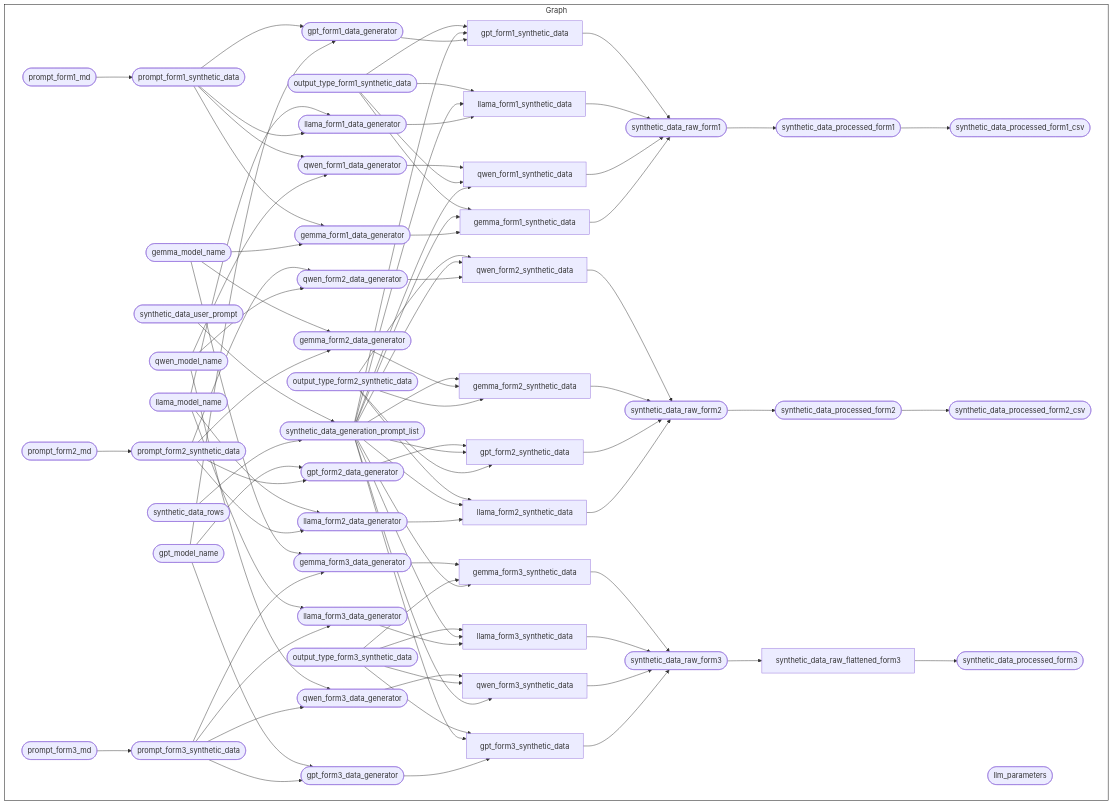
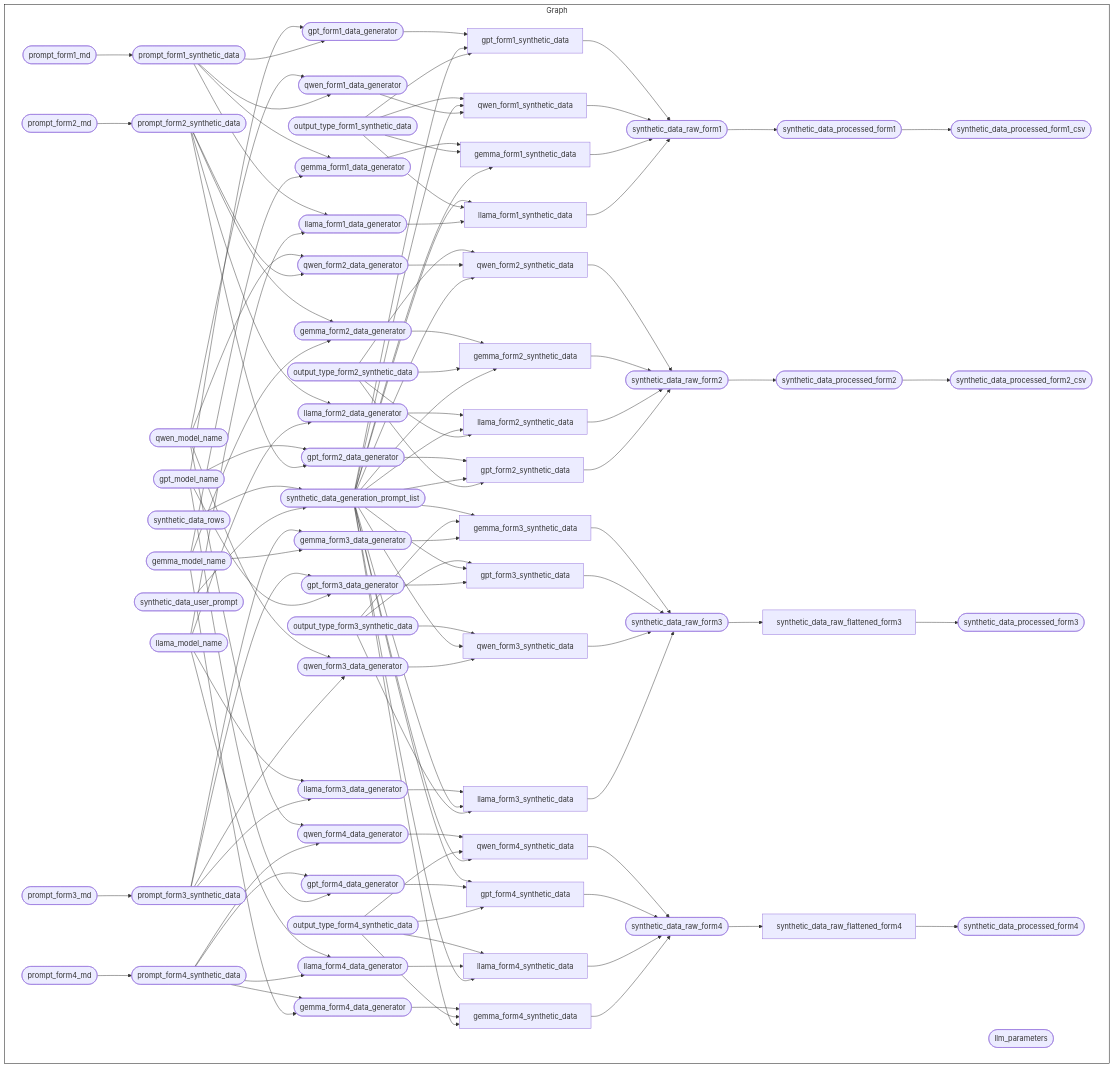
The diagram in README.md (OxfordIHTM/vaxtrace-synthetic-data), drawn with Mermaid before and after one commit. The commit also changed other lines of this file and 11 other files, not shown here.

````diff
--- a/README.md
+++ b/README.md
@@ -122,69 +156,90 @@
   style Graph fill:#FFFFFF00,stroke:#000000;
   subgraph Graph
     direction LR
+    x7a6414ea3d72c787(["prompt_form1_synthetic_data"]):::queued --> xa83e0071a9cae2ed(["gemma_form1_data_generator"]):::queued
     xd42e66ad3decaa43(["gemma_model_name"]):::skipped --> xa83e0071a9cae2ed(["gemma_form1_data_generator"]):::queued
-    x7a6414ea3d72c787(["prompt_form1_synthetic_data"]):::queued --> xa83e0071a9cae2ed(["gemma_form1_data_generator"]):::queued
     xa83e0071a9cae2ed(["gemma_form1_data_generator"]):::queued --> x97d11b2210c9dff0["gemma_form1_synthetic_data"]:::queued
+    xbd193c6107524228(["output_type_form1_synthetic_data"]):::queued --> x97d11b2210c9dff0["gemma_form1_synthetic_data"]:::queued
     x2f94ae86c3dc82fd(["synthetic_data_generation_prompt_list"]):::completed --> x97d11b2210c9dff0["gemma_form1_synthetic_data"]:::queued
-    xbd193c6107524228(["output_type_form1_synthetic_data"]):::queued --> x97d11b2210c9dff0["gemma_form1_synthetic_data"]:::queued
     xd631249566969664(["prompt_form2_synthetic_data"]):::queued --> x8a2373b00d4dee5b(["gemma_form2_data_generator"]):::queued
     xd42e66ad3decaa43(["gemma_model_name"]):::skipped --> x8a2373b00d4dee5b(["gemma_form2_data_generator"]):::queued
+    x8a2373b00d4dee5b(["gemma_form2_data_generator"]):::queued --> x4f03b1614e8d6702["gemma_form2_synthetic_data"]:::queued
     xad13a45cf0dcdcd8(["output_type_form2_synthetic_data"]):::queued --> x4f03b1614e8d6702["gemma_form2_synthetic_data"]:::queued
-    x8a2373b00d4dee5b(["gemma_form2_data_generator"]):::queued --> x4f03b1614e8d6702["gemma_form2_synthetic_data"]:::queued
     x2f94ae86c3dc82fd(["synthetic_data_generation_prompt_list"]):::completed --> x4f03b1614e8d6702["gemma_form2_synthetic_data"]:::queued
-    x167e9ded0377a928(["prompt_form3_synthetic_data"]):::completed --> xc95a0e8b7e274488(["gemma_form3_data_generator"]):::skipped
-    xd42e66ad3decaa43(["gemma_model_name"]):::skipped --> xc95a0e8b7e274488(["gemma_form3_data_generator"]):::skipped
-    x2f94ae86c3dc82fd(["synthetic_data_generation_prompt_list"]):::completed --> xcf9d77edbaa72570["gemma_form3_synthetic_data"]:::completed
-    x32126c198b3cd3f7(["output_type_form3_synthetic_data"]):::completed --> xcf9d77edbaa72570["gemma_form3_synthetic_data"]:::completed
-    xc95a0e8b7e274488(["gemma_form3_data_generator"]):::skipped --> xcf9d77edbaa72570["gemma_form3_synthetic_data"]:::completed
+    x167e9ded0377a928(["prompt_form3_synthetic_data"]):::queued --> xc95a0e8b7e274488(["gemma_form3_data_generator"]):::queued
+    xd42e66ad3decaa43(["gemma_model_name"]):::skipped --> xc95a0e8b7e274488(["gemma_form3_data_generator"]):::queued
+    x2f94ae86c3dc82fd(["synthetic_data_generation_prompt_list"]):::completed --> xcf9d77edbaa72570["gemma_form3_synthetic_data"]:::queued
+    x32126c198b3cd3f7(["output_type_form3_synthetic_data"]):::queued --> xcf9d77edbaa72570["gemma_form3_synthetic_data"]:::queued
+    xc95a0e8b7e274488(["gemma_form3_data_generator"]):::queued --> xcf9d77edbaa72570["gemma_form3_synthetic_data"]:::queued
+    xa73490a10b6544a4(["prompt_form4_synthetic_data"]):::completed --> x609352d7f2392bf7(["gemma_form4_data_generator"]):::completed
+    xd42e66ad3decaa43(["gemma_model_name"]):::skipped --> x609352d7f2392bf7(["gemma_form4_data_generator"]):::completed
+    x609352d7f2392bf7(["gemma_form4_data_generator"]):::completed --> x9cde86730d9fd88c["gemma_form4_synthetic_data"]:::queued
+    xba59aa83d44395da(["output_type_form4_synthetic_data"]):::completed --> x9cde86730d9fd88c["gemma_form4_synthetic_data"]:::queued
+    x2f94ae86c3dc82fd(["synthetic_data_generation_prompt_list"]):::completed --> x9cde86730d9fd88c["gemma_form4_synthetic_data"]:::queued
     x37523a36a9dfc345(["gpt_model_name"]):::skipped --> x4f0bdf5e1f47cf2c(["gpt_form1_data_generator"]):::queued
     x7a6414ea3d72c787(["prompt_form1_synthetic_data"]):::queued --> x4f0bdf5e1f47cf2c(["gpt_form1_data_generator"]):::queued
     x4f0bdf5e1f47cf2c(["gpt_form1_data_generator"]):::queued --> xb09553cf68160c6b["gpt_form1_synthetic_data"]:::queued
     x2f94ae86c3dc82fd(["synthetic_data_generation_prompt_list"]):::completed --> xb09553cf68160c6b["gpt_form1_synthetic_data"]:::queued
     xbd193c6107524228(["output_type_form1_synthetic_data"]):::queued --> xb09553cf68160c6b["gpt_form1_synthetic_data"]:::queued
+    x37523a36a9dfc345(["gpt_model_name"]):::skipped --> xf7c632fbd4b3de83(["gpt_form2_data_generator"]):::queued
     xd631249566969664(["prompt_form2_synthetic_data"]):::queued --> xf7c632fbd4b3de83(["gpt_form2_data_generator"]):::queued
-    x37523a36a9dfc345(["gpt_model_name"]):::skipped --> xf7c632fbd4b3de83(["gpt_form2_data_generator"]):::queued
+    xf7c632fbd4b3de83(["gpt_form2_data_generator"]):::queued --> x8b1d50ae8813fa86["gpt_form2_synthetic_data"]:::queued
+    x2f94ae86c3dc82fd(["synthetic_data_generation_prompt_list"]):::completed --> x8b1d50ae8813fa86["gpt_form2_synthetic_data"]:::queued
     xad13a45cf0dcdcd8(["output_type_form2_synthetic_data"]):::queued --> x8b1d50ae8813fa86["gpt_form2_synthetic_data"]:::queued
-    x2f94ae86c3dc82fd(["synthetic_data_generation_prompt_list"]):::completed --> x8b1d50ae8813fa86["gpt_form2_synthetic_data"]:::queued
-    xf7c632fbd4b3de83(["gpt_form2_data_generator"]):::queued --> x8b1d50ae8813fa86["gpt_form2_synthetic_data"]:::queued
-    x167e9ded0377a928(["prompt_form3_synthetic_data"]):::completed --> x5048fe4169e9a3e5(["gpt_form3_data_generator"]):::skipped
-    x37523a36a9dfc345(["gpt_model_name"]):::skipped --> x5048fe4169e9a3e5(["gpt_form3_data_generator"]):::skipped
-    x5048fe4169e9a3e5(["gpt_form3_data_generator"]):::skipped --> x329fde7cdf80071c["gpt_form3_synthetic_data"]:::queued
+    x167e9ded0377a928(["prompt_form3_synthetic_data"]):::queued --> x5048fe4169e9a3e5(["gpt_form3_data_generator"]):::queued
+    x37523a36a9dfc345(["gpt_model_name"]):::skipped --> x5048fe4169e9a3e5(["gpt_form3_data_generator"]):::queued
+    x32126c198b3cd3f7(["output_type_form3_synthetic_data"]):::queued --> x329fde7cdf80071c["gpt_form3_synthetic_data"]:::queued
     x2f94ae86c3dc82fd(["synthetic_data_generation_prompt_list"]):::completed --> x329fde7cdf80071c["gpt_form3_synthetic_data"]:::queued
-    x32126c198b3cd3f7(["output_type_form3_synthetic_data"]):::completed --> x329fde7cdf80071c["gpt_form3_synthetic_data"]:::queued
+    x5048fe4169e9a3e5(["gpt_form3_data_generator"]):::queued --> x329fde7cdf80071c["gpt_form3_synthetic_data"]:::queued
+    xa73490a10b6544a4(["prompt_form4_synthetic_data"]):::completed --> x14948ac144406cd0(["gpt_form4_data_generator"]):::completed
+    x37523a36a9dfc345(["gpt_model_name"]):::skipped --> x14948ac144406cd0(["gpt_form4_data_generator"]):::completed
+    x2f94ae86c3dc82fd(["synthetic_data_generation_prompt_list"]):::completed --> x176912e4c41a4aa3["gpt_form4_synthetic_data"]:::queued
+    x14948ac144406cd0(["gpt_form4_data_generator"]):::completed --> x176912e4c41a4aa3["gpt_form4_synthetic_data"]:::queued
+    xba59aa83d44395da(["output_type_form4_synthetic_data"]):::completed --> x176912e4c41a4aa3["gpt_form4_synthetic_data"]:::queued
     x7a6414ea3d72c787(["prompt_form1_synthetic_data"]):::queued --> xc666f3b340312894(["llama_form1_data_generator"]):::queued
     x935cdda349ceab25(["llama_model_name"]):::skipped --> xc666f3b340312894(["llama_form1_data_generator"]):::queued
-    xc666f3b340312894(["llama_form1_data_generator"]):::queued --> x95ed1bde7c3003e7["llama_form1_synthetic_data"]:::queued
     x2f94ae86c3dc82fd(["synthetic_data_generation_prompt_list"]):::completed --> x95ed1bde7c3003e7["llama_form1_synthetic_data"]:::queued
     xbd193c6107524228(["output_type_form1_synthetic_data"]):::queued --> x95ed1bde7c3003e7["llama_form1_synthetic_data"]:::queued
+    xc666f3b340312894(["llama_form1_data_generator"]):::queued --> x95ed1bde7c3003e7["llama_form1_synthetic_data"]:::queued
     xd631249566969664(["prompt_form2_synthetic_data"]):::queued --> x47608fbfbe3428bf(["llama_form2_data_generator"]):::queued
     x935cdda349ceab25(["llama_model_name"]):::skipped --> x47608fbfbe3428bf(["llama_form2_data_generator"]):::queued
     x47608fbfbe3428bf(["llama_form2_data_generator"]):::queued --> x476af4f7d71cafcf["llama_form2_synthetic_data"]:::queued
     x2f94ae86c3dc82fd(["synthetic_data_generation_prompt_list"]):::completed --> x476af4f7d71cafcf["llama_form2_synthetic_data"]:::queued
     xad13a45cf0dcdcd8(["output_type_form2_synthetic_data"]):::queued --> x476af4f7d71cafcf["llama_form2_synthetic_data"]:::queued
-    x167e9ded0377a928(["prompt_form3_synthetic_data"]):::completed --> x8f2349cb95aa2f3c(["llama_form3_data_generator"]):::skipped
-    x935cdda349ceab25(["llama_model_name"]):::skipped --> x8f2349cb95aa2f3c(["llama_form3_data_generator"]):::skipped
-    x8f2349cb95aa2f3c(["llama_form3_data_generator"]):::skipped --> x5a6907a7d4c752af["llama_form3_synthetic_data"]:::dispatched
-    x2f94ae86c3dc82fd(["synthetic_data_generation_prompt_list"]):::completed --> x5a6907a7d4c752af["llama_form3_synthetic_data"]:::dispatched
-    x32126c198b3cd3f7(["output_type_form3_synthetic_data"]):::completed --> x5a6907a7d4c752af["llama_form3_synthetic_data"]:::dispatched
+    x935cdda349ceab25(["llama_model_name"]):::skipped --> x8f2349cb95aa2f3c(["llama_form3_data_generator"]):::queued
+    x167e9ded0377a928(["prompt_form3_synthetic_data"]):::queued --> x8f2349cb95aa2f3c(["llama_form3_data_generator"]):::queued
+    x8f2349cb95aa2f3c(["llama_form3_data_generator"]):::queued --> x5a6907a7d4c752af["llama_form3_synthetic_data"]:::queued
+    x2f94ae86c3dc82fd(["synthetic_data_generation_prompt_list"]):::completed --> x5a6907a7d4c752af["llama_form3_synthetic_data"]:::queued
+    x32126c198b3cd3f7(["output_type_form3_synthetic_data"]):::queued --> x5a6907a7d4c752af["llama_form3_synthetic_data"]:::queued
+    x935cdda349ceab25(["llama_model_name"]):::skipped --> x8c7e6494a2c7140e(["llama_form4_data_generator"]):::completed
+    xa73490a10b6544a4(["prompt_form4_synthetic_data"]):::completed --> x8c7e6494a2c7140e(["llama_form4_data_generator"]):::completed
+    xba59aa83d44395da(["output_type_form4_synthetic_data"]):::completed --> x71587311fb989fc9["llama_form4_synthetic_data"]:::completed
+    x8c7e6494a2c7140e(["llama_form4_data_generator"]):::completed --> x71587311fb989fc9["llama_form4_synthetic_data"]:::completed
+    x2f94ae86c3dc82fd(["synthetic_data_generation_prompt_list"]):::completed --> x71587311fb989fc9["llama_form4_synthetic_data"]:::completed
     xea527aecf1216e4d(["prompt_form1_md"]):::queued --> x7a6414ea3d72c787(["prompt_form1_synthetic_data"]):::queued
     x67c0e4a7435652b2(["prompt_form2_md"]):::queued --> xd631249566969664(["prompt_form2_synthetic_data"]):::queued
-    x1cbdea0788747642(["prompt_form3_md"]):::completed --> x167e9ded0377a928(["prompt_form3_synthetic_data"]):::completed
+    x1cbdea0788747642(["prompt_form3_md"]):::queued --> x167e9ded0377a928(["prompt_form3_synthetic_data"]):::queued
+    xc0a5a3100ded0278(["prompt_form4_md"]):::completed --> xa73490a10b6544a4(["prompt_form4_synthetic_data"]):::completed
     x20bc3615a27843ed(["qwen_model_name"]):::skipped --> x464fda4f56716c6c(["qwen_form1_data_generator"]):::queued
     x7a6414ea3d72c787(["prompt_form1_synthetic_data"]):::queued --> x464fda4f56716c6c(["qwen_form1_data_generator"]):::queued
+    xbd193c6107524228(["output_type_form1_synthetic_data"]):::queued --> x325f765d48136efd["qwen_form1_synthetic_data"]:::queued
     x2f94ae86c3dc82fd(["synthetic_data_generation_prompt_list"]):::completed --> x325f765d48136efd["qwen_form1_synthetic_data"]:::queued
-    xbd193c6107524228(["output_type_form1_synthetic_data"]):::queued --> x325f765d48136efd["qwen_form1_synthetic_data"]:::queued
     x464fda4f56716c6c(["qwen_form1_data_generator"]):::queued --> x325f765d48136efd["qwen_form1_synthetic_data"]:::queued
     x20bc3615a27843ed(["qwen_model_name"]):::skipped --> xbb45be8776627627(["qwen_form2_data_generator"]):::queued
     xd631249566969664(["prompt_form2_synthetic_data"]):::queued --> xbb45be8776627627(["qwen_form2_data_generator"]):::queued
+    xad13a45cf0dcdcd8(["output_type_form2_synthetic_data"]):::queued --> x1186a9719c6f8679["qwen_form2_synthetic_data"]:::queued
     xbb45be8776627627(["qwen_form2_data_generator"]):::queued --> x1186a9719c6f8679["qwen_form2_synthetic_data"]:::queued
     x2f94ae86c3dc82fd(["synthetic_data_generation_prompt_list"]):::completed --> x1186a9719c6f8679["qwen_form2_synthetic_data"]:::queued
-    xad13a45cf0dcdcd8(["output_type_form2_synthetic_data"]):::queued --> x1186a9719c6f8679["qwen_form2_synthetic_data"]:::queued
-    x167e9ded0377a928(["prompt_form3_synthetic_data"]):::completed --> x60ed2f036c1cbc38(["qwen_form3_data_generator"]):::skipped
-    x20bc3615a27843ed(["qwen_model_name"]):::skipped --> x60ed2f036c1cbc38(["qwen_form3_data_generator"]):::skipped
+    x20bc3615a27843ed(["qwen_model_name"]):::skipped --> x60ed2f036c1cbc38(["qwen_form3_data_generator"]):::queued
+    x167e9ded0377a928(["prompt_form3_synthetic_data"]):::queued --> x60ed2f036c1cbc38(["qwen_form3_data_generator"]):::queued
+    x32126c198b3cd3f7(["output_type_form3_synthetic_data"]):::queued --> x4a6aa30ed756cd46["qwen_form3_synthetic_data"]:::queued
     x2f94ae86c3dc82fd(["synthetic_data_generation_prompt_list"]):::completed --> x4a6aa30ed756cd46["qwen_form3_synthetic_data"]:::queued
-    x32126c198b3cd3f7(["output_type_form3_synthetic_data"]):::completed --> x4a6aa30ed756cd46["qwen_form3_synthetic_data"]:::queued
-    x60ed2f036c1cbc38(["qwen_form3_data_generator"]):::skipped --> x4a6aa30ed756cd46["qwen_form3_synthetic_data"]:::queued
+    x60ed2f036c1cbc38(["qwen_form3_data_generator"]):::queued --> x4a6aa30ed756cd46["qwen_form3_synthetic_data"]:::queued
+    x20bc3615a27843ed(["qwen_model_name"]):::skipped --> x608f05be2c6142f4(["qwen_form4_data_generator"]):::completed
+    xa73490a10b6544a4(["prompt_form4_synthetic_data"]):::completed --> x608f05be2c6142f4(["qwen_form4_data_generator"]):::completed
+    x608f05be2c6142f4(["qwen_form4_data_generator"]):::completed --> x82ddea488b83160c["qwen_form4_synthetic_data"]:::dispatched
+    xba59aa83d44395da(["output_type_form4_synthetic_data"]):::completed --> x82ddea488b83160c["qwen_form4_synthetic_data"]:::dispatched
+    x2f94ae86c3dc82fd(["synthetic_data_generation_prompt_list"]):::completed --> x82ddea488b83160c["qwen_form4_synthetic_data"]:::dispatched
     x7a48759e707a63b8(["synthetic_data_rows"]):::completed --> x2f94ae86c3dc82fd(["synthetic_data_generation_prompt_list"]):::completed
     x72f6a851cebefa43(["synthetic_data_user_prompt"]):::completed --> x2f94ae86c3dc82fd(["synthetic_data_generation_prompt_list"]):::completed
     xd0a85fc91769a844(["synthetic_data_raw_form1"]):::queued --> x945a6fcee29bff82(["synthetic_data_processed_form1"]):::queued
@@ -192,19 +247,25 @@
     xee1a7b8ba942a927(["synthetic_data_raw_form2"]):::queued --> x48546624f516ebe0(["synthetic_data_processed_form2"]):::queued
     x48546624f516ebe0(["synthetic_data_processed_form2"]):::queued --> x2d286e31906b2627(["synthetic_data_processed_form2_csv"]):::queued
     x04b5d7b449feb997["synthetic_data_raw_flattened_form3"]:::queued --> x27c53e7117787140(["synthetic_data_processed_form3"]):::queued
+    x1e2079bb78056b96["synthetic_data_raw_flattened_form4"]:::queued --> xab5f081724f1267c(["synthetic_data_processed_form4"]):::queued
     xc3a247eec291fc20(["synthetic_data_raw_form3"]):::queued --> x04b5d7b449feb997["synthetic_data_raw_flattened_form3"]:::queued
+    x02e6085fb69eaaf2(["synthetic_data_raw_form4"]):::queued --> x1e2079bb78056b96["synthetic_data_raw_flattened_form4"]:::queued
+    xb09553cf68160c6b["gpt_form1_synthetic_data"]:::queued --> xd0a85fc91769a844(["synthetic_data_raw_form1"]):::queued
+    x325f765d48136efd["qwen_form1_synthetic_data"]:::queued --> xd0a85fc91769a844(["synthetic_data_raw_form1"]):::queued
     x97d11b2210c9dff0["gemma_form1_synthetic_data"]:::queued --> xd0a85fc91769a844(["synthetic_data_raw_form1"]):::queued
-    x325f765d48136efd["qwen_form1_synthetic_data"]:::queued --> xd0a85fc91769a844(["synthetic_data_raw_form1"]):::queued
     x95ed1bde7c3003e7["llama_form1_synthetic_data"]:::queued --> xd0a85fc91769a844(["synthetic_data_raw_form1"]):::queued
-    xb09553cf68160c6b["gpt_form1_synthetic_data"]:::queued --> xd0a85fc91769a844(["synthetic_data_raw_form1"]):::queued
+    x1186a9719c6f8679["qwen_form2_synthetic_data"]:::queued --> xee1a7b8ba942a927(["synthetic_data_raw_form2"]):::queued
+    x4f03b1614e8d6702["gemma_form2_synthetic_data"]:::queued --> xee1a7b8ba942a927(["synthetic_data_raw_form2"]):::queued
     x476af4f7d71cafcf["llama_form2_synthetic_data"]:::queued --> xee1a7b8ba942a927(["synthetic_data_raw_form2"]):::queued
     x8b1d50ae8813fa86["gpt_form2_synthetic_data"]:::queued --> xee1a7b8ba942a927(["synthetic_data_raw_form2"]):::queued
-    x4f03b1614e8d6702["gemma_form2_synthetic_data"]:::queued --> xee1a7b8ba942a927(["synthetic_data_raw_form2"]):::queued
-    x1186a9719c6f8679["qwen_form2_synthetic_data"]:::queued --> xee1a7b8ba942a927(["synthetic_data_raw_form2"]):::queued
+    xcf9d77edbaa72570["gemma_form3_synthetic_data"]:::queued --> xc3a247eec291fc20(["synthetic_data_raw_form3"]):::queued
     x329fde7cdf80071c["gpt_form3_synthetic_data"]:::queued --> xc3a247eec291fc20(["synthetic_data_raw_form3"]):::queued
     x4a6aa30ed756cd46["qwen_form3_synthetic_data"]:::queued --> xc3a247eec291fc20(["synthetic_data_raw_form3"]):::queued
-    x5a6907a7d4c752af["llama_form3_synthetic_data"]:::dispatched --> xc3a247eec291fc20(["synthetic_data_raw_form3"]):::queued
-    xcf9d77edbaa72570["gemma_form3_synthetic_data"]:::completed --> xc3a247eec291fc20(["synthetic_data_raw_form3"]):::queued
+    x5a6907a7d4c752af["llama_form3_synthetic_data"]:::queued --> xc3a247eec291fc20(["synthetic_data_raw_form3"]):::queued
+    x82ddea488b83160c["qwen_form4_synthetic_data"]:::dispatched --> x02e6085fb69eaaf2(["synthetic_data_raw_form4"]):::queued
+    x176912e4c41a4aa3["gpt_form4_synthetic_data"]:::queued --> x02e6085fb69eaaf2(["synthetic_data_raw_form4"]):::queued
+    x71587311fb989fc9["llama_form4_synthetic_data"]:::completed --> x02e6085fb69eaaf2(["synthetic_data_raw_form4"]):::queued
+    x9cde86730d9fd88c["gemma_form4_synthetic_data"]:::queued --> x02e6085fb69eaaf2(["synthetic_data_raw_form4"]):::queued
     xa87a62a227d5e627(["llm_parameters"]):::queued
   end
 ```
````
